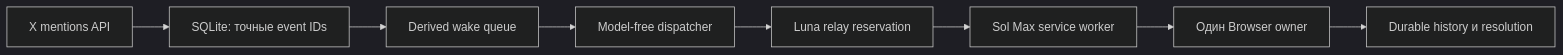
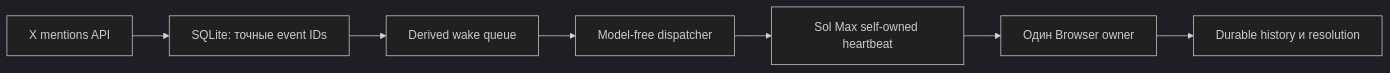
One commit to axrbarsic/poyasnitelnaya-brigada changed the diagram in docs/reliability-audit-2026-08-01.ru.md. Above: the diagram before and after it, drawn with Mermaid (dark theme). The commit also changed other lines of this file and 15 other files, not shown here.

Commit message:
Run X relay inside the owner heartbeat

````diff
--- a/docs/reliability-audit-2026-08-01.ru.md
+++ b/docs/reliability-audit-2026-08-01.ru.md
@@ -26,10 +26,9 @@
 ```mermaid
 flowchart LR
     X["X mentions API"] --> DB["SQLite: точные event IDs"]
     DB --> W["Derived wake queue"]
     W --> D["Model-free dispatcher"]
-    D --> R["Luna relay reservation"]
-    R --> O["Sol Max service worker"]
+    D --> O["Sol Max self-owned heartbeat"]
     O --> B["Один Browser owner"]
     B --> H["Durable history и resolution"]
 ```
````
